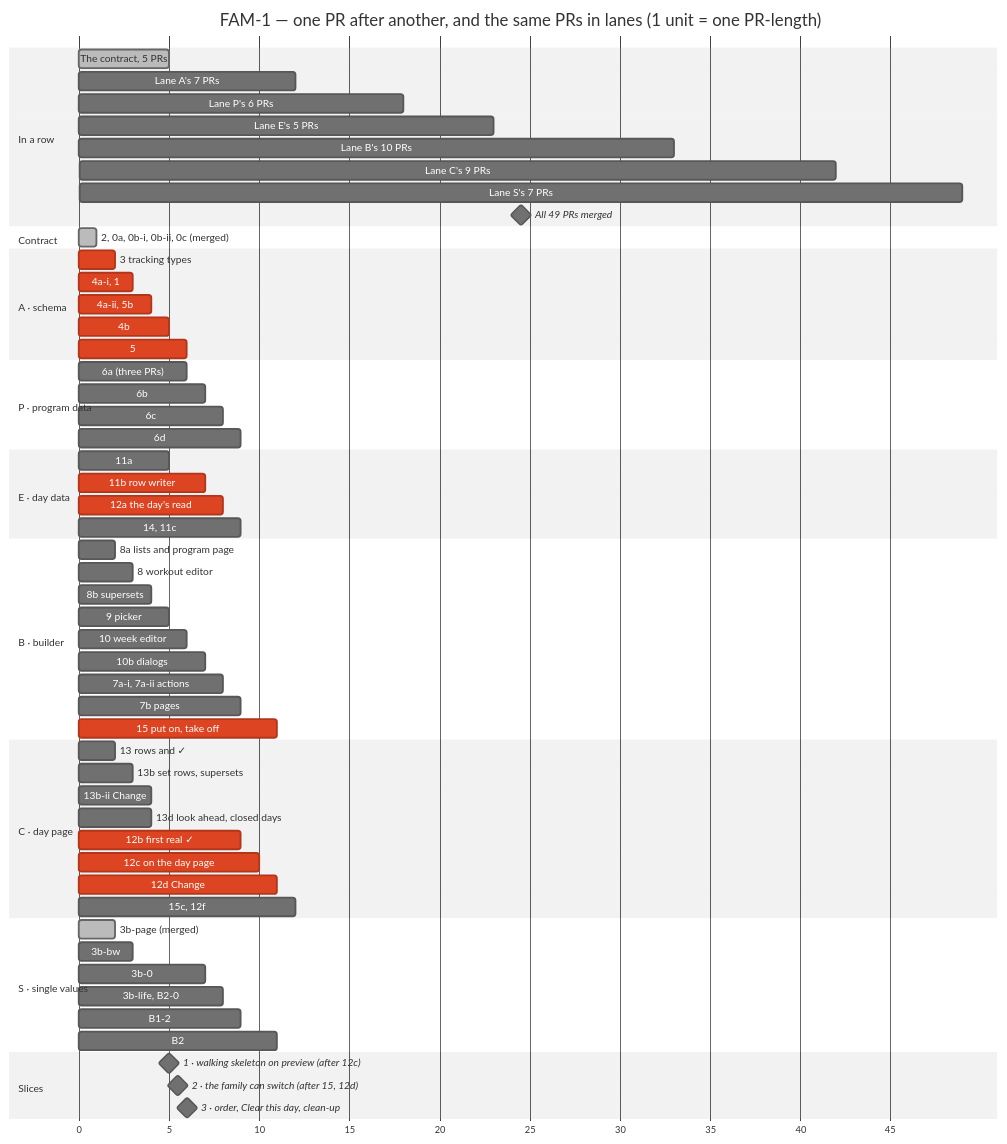
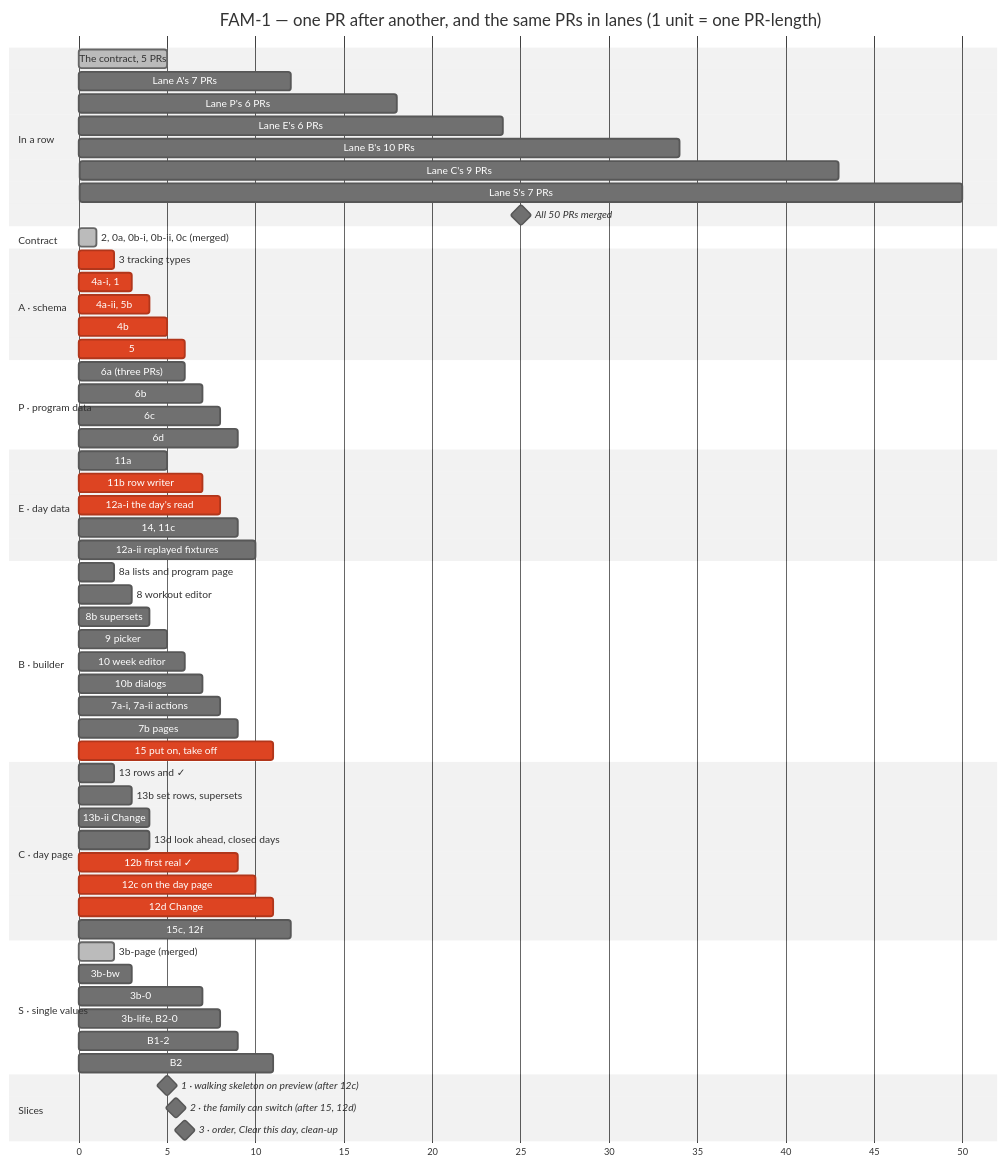
One commit to ralamode/mat-plan changed the second of 2 diagrams in docs/milestones/fam-1-family-program.md. Above: the diagram before and after it, drawn with Mermaid (neutral theme). The commit also changed other lines of this file and 10 other files, not shown here.

````diff
--- a/docs/milestones/fam-1-family-program.md
+++ b/docs/milestones/fam-1-family-program.md
@@ -258,73 +258,74 @@
 ```mermaid
 gantt
   title FAM-1 — one PR after another, and the same PRs in lanes (1 unit = one PR-length)
   dateFormat X
   axisFormat %s
   todayMarker off
 
   section In a row
   The contract, 5 PRs          :done, r0, 0, 5
   Lane A's 7 PRs               :r1, 5, 12
   Lane P's 6 PRs               :r2, 12, 18
-  Lane E's 5 PRs               :r3, 18, 23
-  Lane B's 10 PRs              :r4, 23, 33
-  Lane C's 9 PRs               :r5, 33, 42
-  Lane S's 7 PRs               :r6, 42, 49
-  All 49 PRs merged            :milestone, rm, 49, 49
+  Lane E's 6 PRs               :r3, 18, 24
+  Lane B's 10 PRs              :r4, 24, 34
+  Lane C's 9 PRs               :r5, 34, 43
+  Lane S's 7 PRs               :r6, 43, 50
+  All 50 PRs merged            :milestone, rm, 50, 50
 
   section Contract
   2, 0a, 0b-i, 0b-ii, 0c (merged) :done, c0, 0, 1
 
   section A · schema
   3 tracking types             :crit, a1, 1, 2
   4a-i, 1                      :crit, a2, 2, 3
   4a-ii, 5b                    :crit, a3, 3, 4
   4b                           :crit, a4, 4, 5
   5                            :crit, a5, 5, 6
 
   section P · program data
   6a (three PRs)               :p1, 5, 6
   6b                           :p2, 6, 7
   6c                           :p3, 7, 8
   6d                           :p4, 8, 9
 
   section E · day data
   11a                          :e1, 4, 5
   11b row writer               :crit, e2, 5, 7
-  12a the day's read           :crit, e3, 7, 8
+  12a-i the day's read         :crit, e3, 7, 8
   14, 11c                      :e4, 8, 9
+  12a-ii replayed fixtures     :e5, 9, 10
 
   section B · builder
   8a lists and program page    :b1, 1, 2
   8 workout editor             :b2, 2, 3
   8b supersets                 :b3, 3, 4
   9 picker                     :b4, 4, 5
   10 week editor               :b5, 5, 6
   10b dialogs                  :b6, 6, 7
   7a-i, 7a-ii actions          :b7, 7, 8
   7b pages                     :b8, 8, 9
   15 put on, take off          :crit, b9, 10, 11
 
   section C · day page
   13 rows and ✓                :c1, 1, 2
   13b set rows, supersets      :c2, 2, 3
   13b-ii Change                :c2b, 3, 4
   13d look ahead, closed days  :c3, 3, 4
   12b first real ✓             :crit, c4, 8, 9
   12c on the day page          :crit, c5, 9, 10
   12d Change                   :crit, c6, 10, 11
   15c, 12f                     :c7, 11, 12
 
   section S · single values
   3b-page (merged)             :done, s1, 1, 2
   3b-bw                        :s2, 2, 3
   3b-0                         :s3, 6, 7
   3b-life, B2-0                :s4, 7, 8
   B1-2                         :s5, 8, 9
   B2                           :s6, 10, 11
 
   section Slices
   1 · walking skeleton on preview (after 12c) :milestone, m1, 10, 10
   2 · the family can switch (after 15, 12d)   :milestone, m2, 11, 11
   3 · order, Clear this day, clean-up         :milestone, m3, 12, 12
 ```
````
